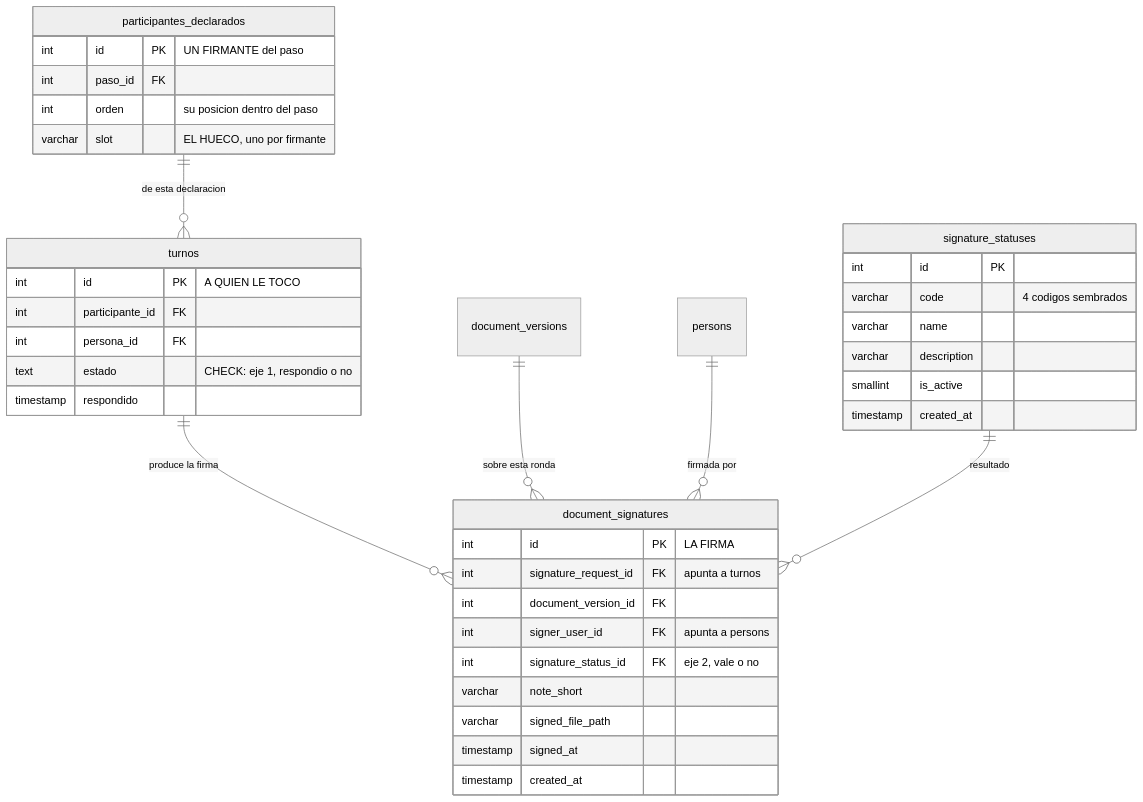
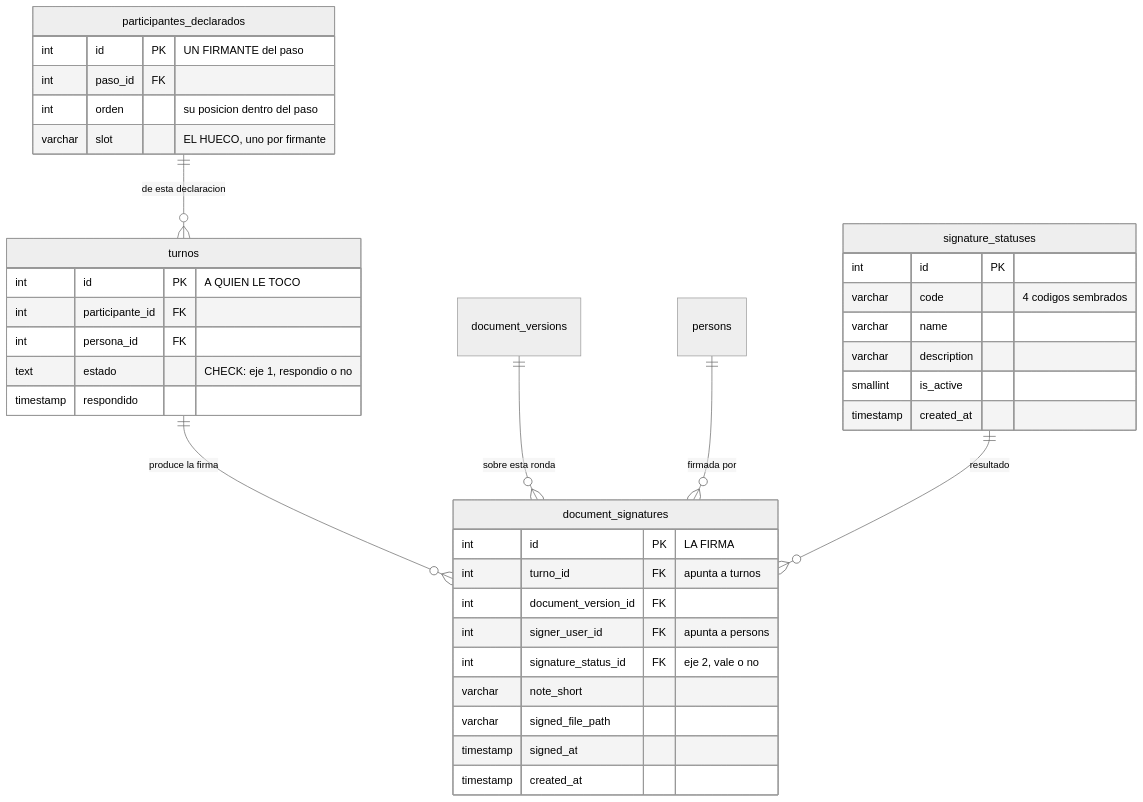
Before and after one commit to fresvel/deasy: the diagram in docs/src/content/docs/modelo/flujo-de-firma.md, drawn with Mermaid (neutral theme). The commit also changed other lines of this file and 62 other files, not shown here.

````diff
--- a/docs/src/content/docs/modelo/flujo-de-firma.md
+++ b/docs/src/content/docs/modelo/flujo-de-firma.md
@@ -150,41 +149,41 @@
 ```mermaid
 erDiagram
   participantes_declarados ||--o{ turnos : "de esta declaracion"
   turnos ||--o{ document_signatures : "produce la firma"
   document_versions ||--o{ document_signatures : "sobre esta ronda"
   persons ||--o{ document_signatures : "firmada por"
   signature_statuses ||--o{ document_signatures : "resultado"
 
   participantes_declarados {
     int id PK "UN FIRMANTE del paso"
     int paso_id FK
     int orden "su posicion dentro del paso"
     varchar slot "EL HUECO, uno por firmante"
   }
   turnos {
     int id PK "A QUIEN LE TOCO"
     int participante_id FK
     int persona_id FK
     text estado "CHECK: eje 1, respondio o no"
     timestamp respondido
   }
   document_signatures {
     int id PK "LA FIRMA"
-    int signature_request_id FK "apunta a turnos"
+    int turno_id FK "apunta a turnos"
     int document_version_id FK
     int signer_user_id FK "apunta a persons"
     int signature_status_id FK "eje 2, vale o no"
     varchar note_short
     varchar signed_file_path
     timestamp signed_at
     timestamp created_at
   }
   signature_statuses {
     int id PK
     varchar code "4 codigos sembrados"
     varchar name
     varchar description
     smallint is_active
     timestamp created_at
   }
 ```
````
